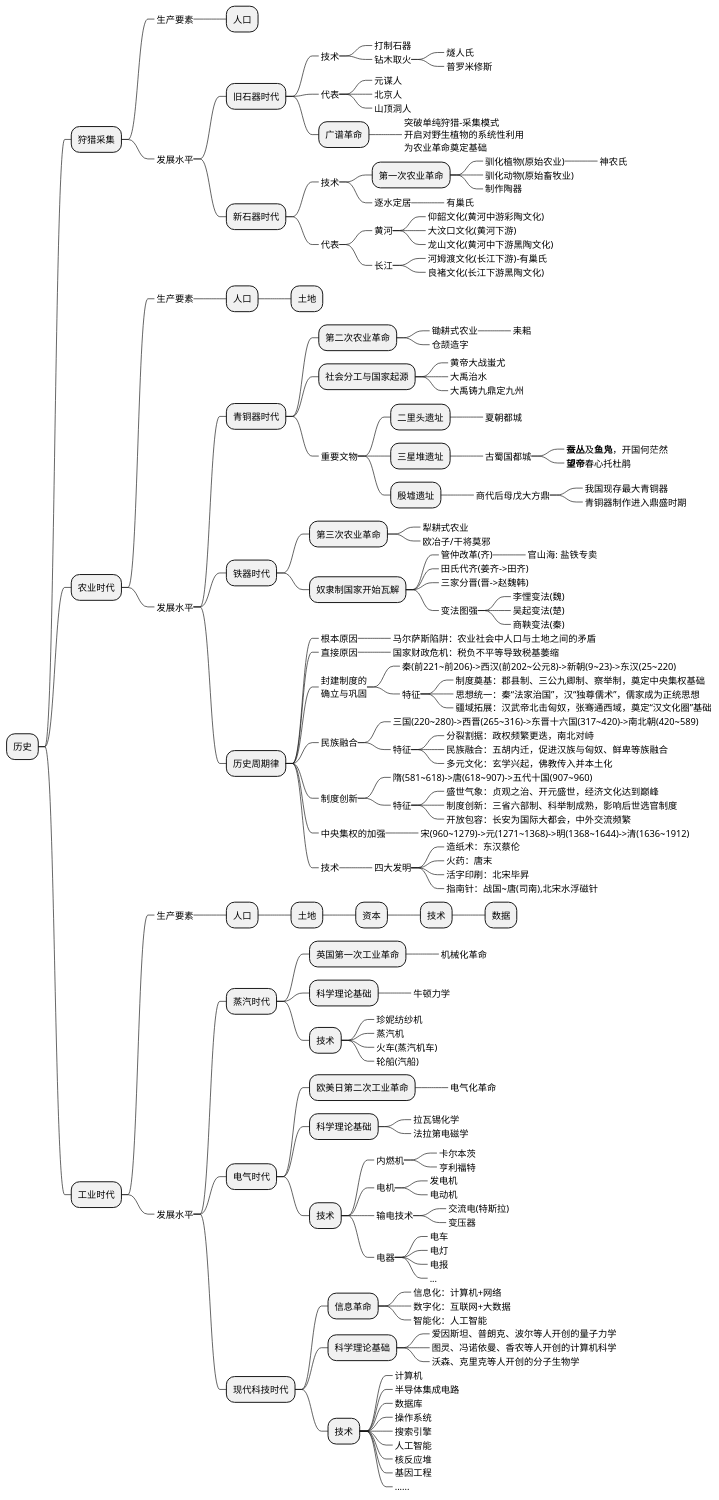
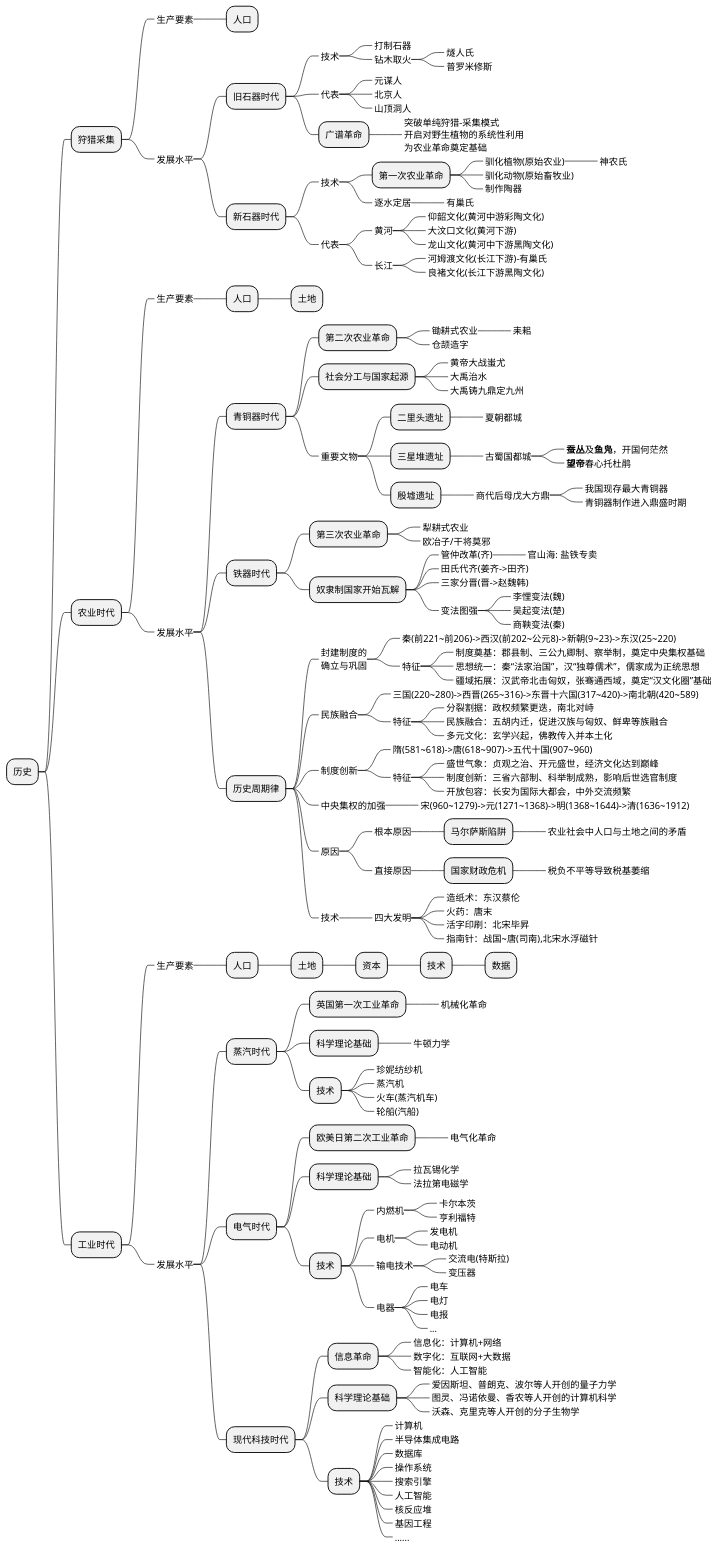
One commit to holmofy/blog.hufeifei.cn changed the first of 2 diagrams in source/_posts/economic/economic_and_history.md. Above: the diagram before and after it, drawn with PlantUML.

```diff
--- a/source/_posts/economic/economic_and_history.md
+++ b/source/_posts/economic/economic_and_history.md
@@ -90,10 +90,6 @@
 +++++++_ 吴起变法(楚)
 +++++++_ 商鞅变法(秦)
 ++++ 历史周期律
-+++++_ 根本原因
-++++++_ 马尔萨斯陷阱：农业社会中人口与土地之间的矛盾
-+++++_ 直接原因
-++++++_ 国家财政危机：税负不平等导致税基萎缩
 +++++_ 封建制度的\n确立与巩固
 ++++++_ 秦(前221~前206)->西汉(前202~公元8)->新朝(9~23)->东汉(25~220)
 ++++++_ 特征
@@ -114,6 +110,13 @@
 +++++++_ 开放包容：长安为国际大都会，中外交流频繁
 +++++_ 中央集权的加强
 ++++++_ 宋(960~1279)->元(1271~1368)->明(1368~1644)->清(1636~1912)
++++++_ 原因
+++++++_ 根本原因
++++++++ 马尔萨斯陷阱
+++++++++_ 农业社会中人口与土地之间的矛盾
+++++++_ 直接原因
++++++++ 国家财政危机
+++++++++_ 税负不平等导致税基萎缩
 +++++_ 技术
 ++++++_ 四大发明
 +++++++_ 造纸术：东汉蔡伦
```
